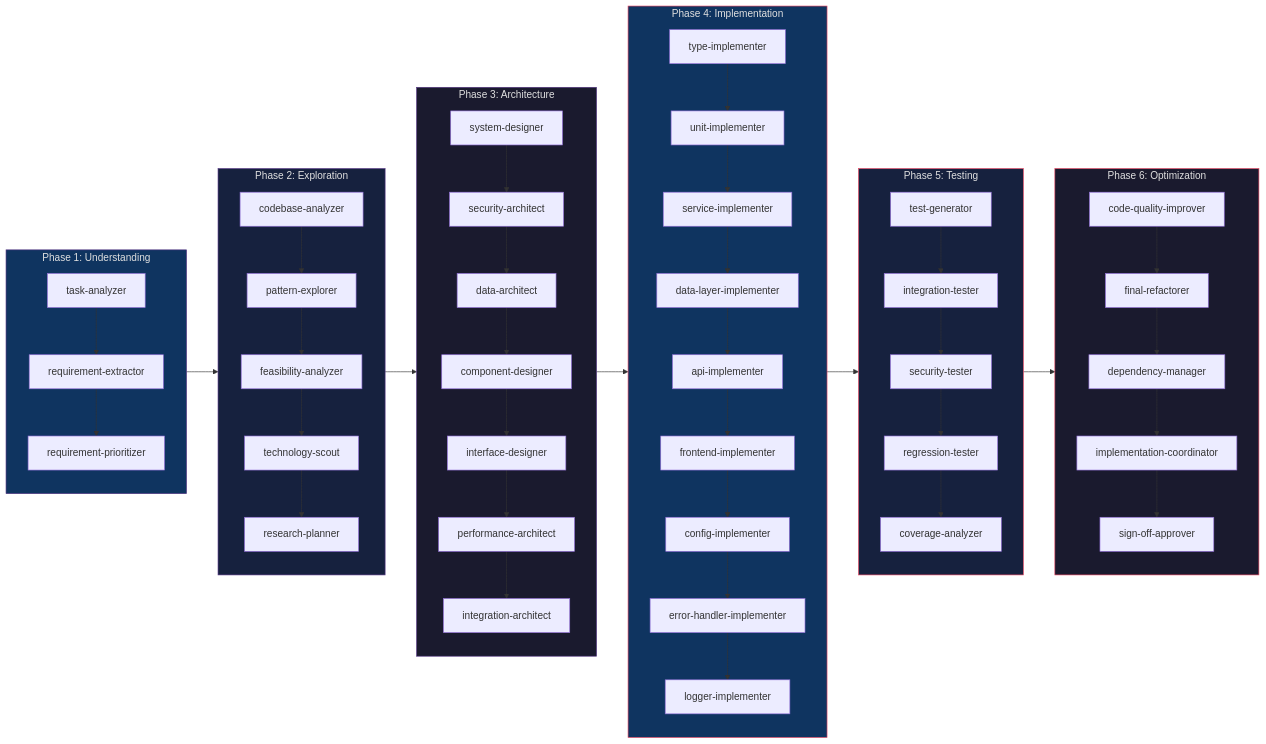
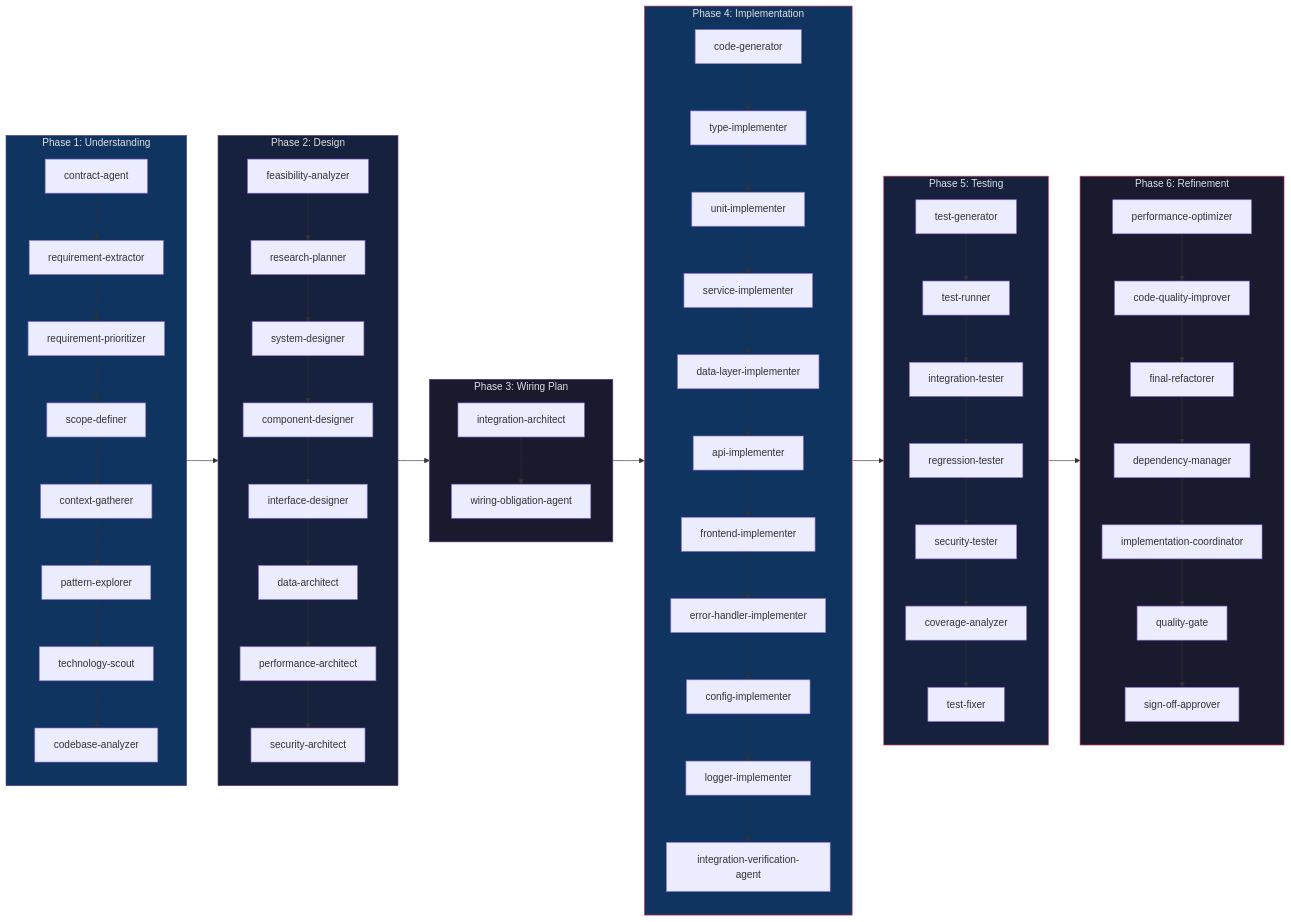
The ninth of 15 diagrams in README.md (ste-bah/archon-cli), drawn with Mermaid before and after one commit. The commit also changed other lines of this file and 77 other files, not shown here.

````diff
--- a/README.md
+++ b/README.md
@@ -1648,57 +1653,66 @@
 ```mermaid
 graph LR
     subgraph P1["Phase 1: Understanding"]
-        TA["task-analyzer"] --> RE["requirement-extractor"]
+        CA2["contract-agent"] --> RE["requirement-extractor"]
         RE --> RP["requirement-prioritizer"]
+        RP --> SD3["scope-definer"]
+        SD3 --> CG["context-gatherer"]
+        CG --> PE["pattern-explorer"]
+        PE --> TS["technology-scout"]
+        TS --> CBA["codebase-analyzer"]
     end
 
-    subgraph P2["Phase 2: Exploration"]
-        CA["codebase-analyzer"] --> PE["pattern-explorer"]
-        PE --> FA["feasibility-analyzer"]
-        FA --> TS["technology-scout"]
-        TS --> RP2["research-planner"]
+    subgraph P2["Phase 2: Design"]
+        FA["feasibility-analyzer"] --> RPL["research-planner"]
+        RPL --> SD["system-designer"]
+        SD --> CD["component-designer"]
+        CD --> ID["interface-designer"]
+        ID --> DA["data-architect"]
+        DA --> PA["performance-architect"]
+        PA --> SA["security-architect"]
     end
 
-    subgraph P3["Phase 3: Architecture"]
-        SD["system-designer"] --> SA["security-architect"]
-        SA --> DA["data-architect"]
-        DA --> CD["component-designer"]
-        CD --> ID["interface-designer"]
-        ID --> PA["performance-architect"]
-        PA --> IA["integration-architect"]
+    subgraph P3["Phase 3: Wiring Plan"]
+        IA["integration-architect"] --> WO["wiring-obligation-agent"]
     end
 
     subgraph P4["Phase 4: Implementation"]
-        TI["type-implementer"] --> UI["unit-implementer"]
+        CG2["code-generator"] --> TI["type-implementer"]
+        TI --> UI["unit-implementer"]
         UI --> SI["service-implementer"]
         SI --> DL["data-layer-implementer"]
         DL --> API["api-implementer"]
         API --> FI["frontend-implementer"]
-        FI --> CI["config-implementer"]
-        CI --> EH["error-handler-implementer"]
-        EH --> LI["logger-implementer"]
+        FI --> EH["error-handler-implementer"]
+        EH --> CI["config-implementer"]
+        CI --> LI["logger-implementer"]
+        LI --> IVA["integration-verification-agent"]
     end
 
     subgraph P5["Phase 5: Testing"]
-        TG["test-generator"] --> IT["integration-tester"]
-        IT --> ST["security-tester"]
-        ST --> RT["regression-tester"]
-        RT --> COV["coverage-analyzer"]
+        TG["test-generator"] --> TR["test-runner"]
+        TR --> IT["integration-tester"]
+        IT --> RT["regression-tester"]
+        RT --> ST["security-tester"]
+        ST --> COV["coverage-analyzer"]
+        COV --> TF["test-fixer"]
     end
 
-    subgraph P6["Phase 6: Optimization"]
-        CQI["code-quality-improver"] --> FR["final-refactorer"]
+    subgraph P6["Phase 6: Refinement"]
+        PO["performance-optimizer"] --> CQI["code-quality-improver"]
+        CQI --> FR["final-refactorer"]
         FR --> DM["dependency-manager"]
         DM --> IC["implementation-coordinator"]
-        IC --> SO["sign-off-approver"]
+        IC --> QG["quality-gate"]
+        QG --> SO["sign-off-approver"]
     end
 
     P1 --> P2 --> P3 --> P4 --> P5 --> P6
 
     style P1 fill:#0f3460,stroke:#533483,color:#e0e0e0
     style P2 fill:#16213e,stroke:#533483,color:#e0e0e0
     style P3 fill:#1a1a2e,stroke:#533483,color:#e0e0e0
     style P4 fill:#0f3460,stroke:#e94560,color:#e0e0e0
     style P5 fill:#16213e,stroke:#e94560,color:#e0e0e0
     style P6 fill:#1a1a2e,stroke:#e94560,color:#e0e0e0
 ```
````
